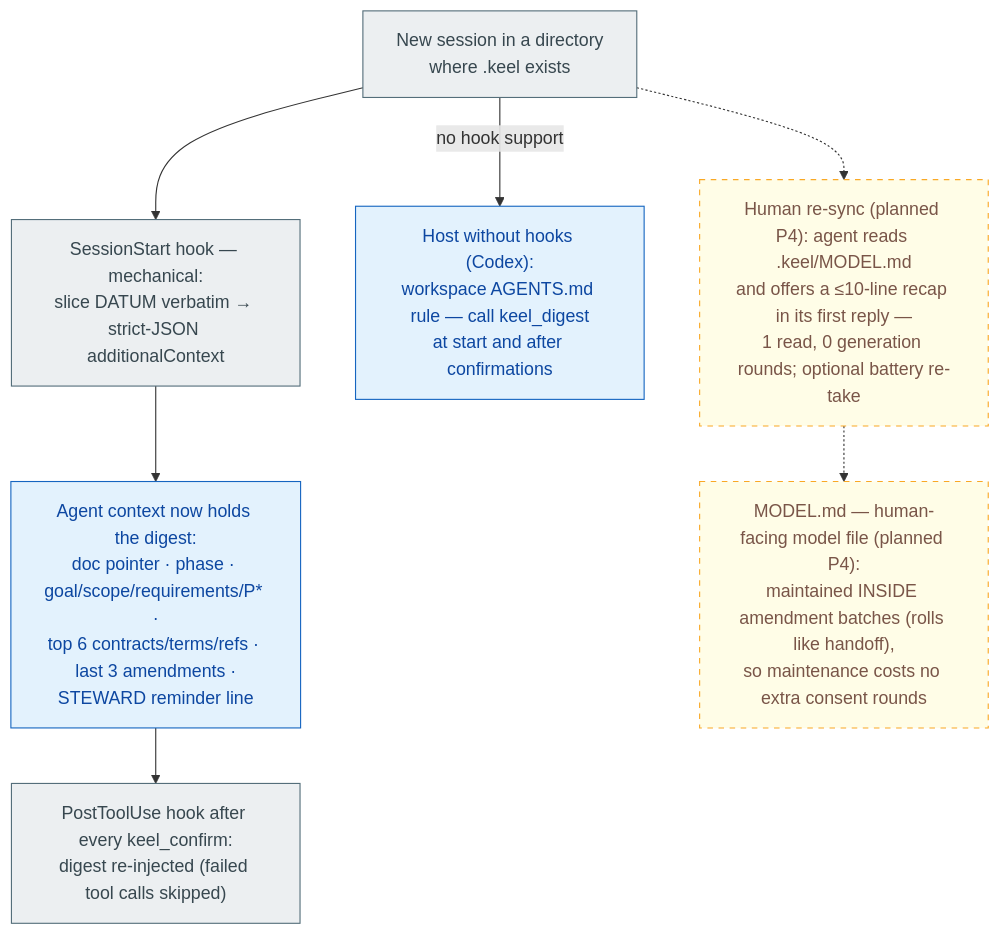
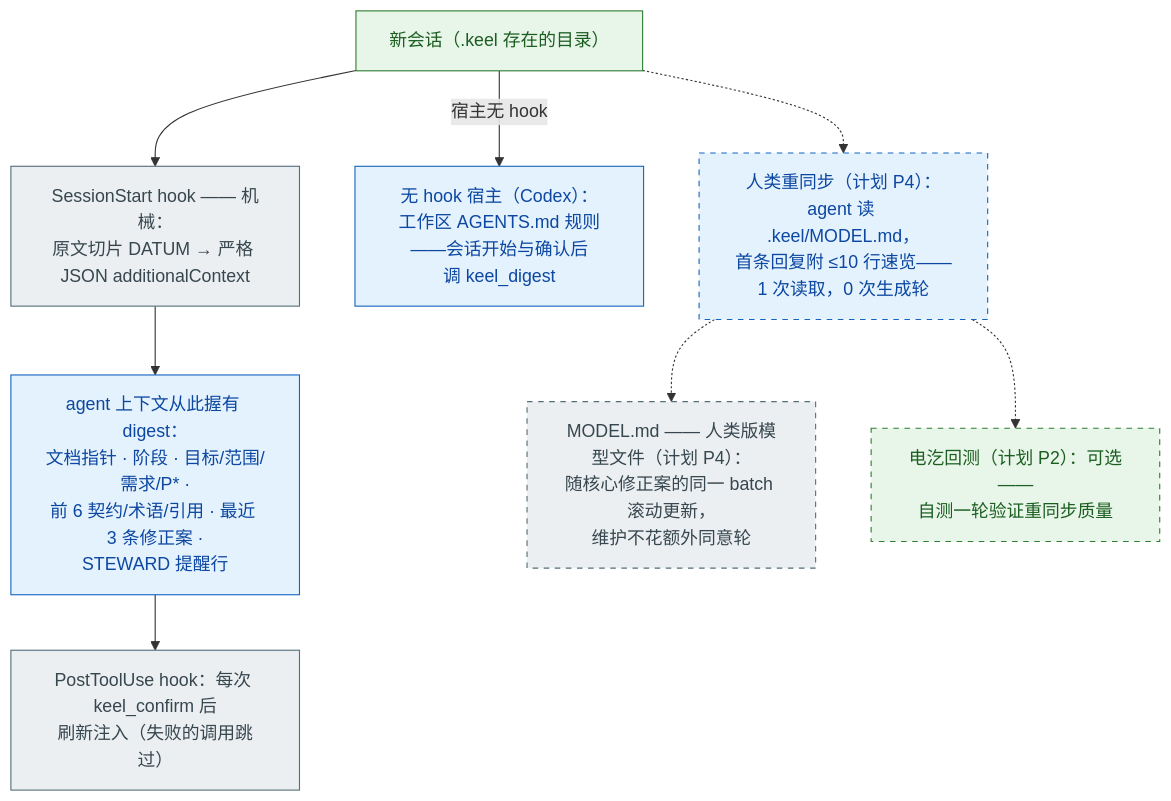
The seventh of 10 diagrams in docs/MENTAL-MODEL.md (maxi3777/Keel), drawn with Mermaid before and after one commit. The commit also changed other lines of this file, not shown here.

First line of the commit message:
docs: MENTAL-MODEL v2 — master/detail structure, Chinese, border-only planning marks

````diff
--- a/docs/MENTAL-MODEL.md
+++ b/docs/MENTAL-MODEL.md
@@ -316,18 +303,24 @@
 ```mermaid
 flowchart TD
-    SESS["New session in a directory<br/>where .keel exists"]:::mech
-    HOOK["SessionStart hook — mechanical:<br/>slice DATUM verbatim → strict-JSON additionalContext"]:::mech
-    INJ["Agent context now holds the digest:<br/>doc pointer · phase · goal/scope/requirements/P* ·<br/>top 6 contracts/terms/refs · last 3 amendments ·<br/>STEWARD reminder line"]:::ai
-    REFRESH["PostToolUse hook after every keel_confirm:<br/>digest re-injected (failed tool calls skipped)"]:::mech
-    FALLBACK["Host without hooks (Codex):<br/>workspace AGENTS.md rule — call keel_digest<br/>at start and after confirmations"]:::ai
-    RECAP["Human re-sync (planned P4): agent reads .keel/MODEL.md<br/>and offers a ≤10-line recap in its first reply —<br/>1 read, 0 generation rounds; optional battery re-take"]:::planned
-    MODEL["MODEL.md — human-facing model file (planned P4):<br/>maintained INSIDE amendment batches (rolls like handoff),<br/>so maintenance costs no extra consent rounds"]:::planned
+    SESS["新会话（.keel 存在的目录）"]:::human
+    HOOK["SessionStart hook —— 机械：<br/>原文切片 DATUM → 严格 JSON additionalContext"]:::mech
+    INJ["agent 上下文从此握有 digest：<br/>文档指针 · 阶段 · 目标/范围/需求/P* ·<br/>前 6 契约/术语/引用 · 最近 3 条修正案 ·<br/>STEWARD 提醒行"]:::ai
+    REFRESH["PostToolUse hook：每次 keel_confirm 后<br/>刷新注入（失败的调用跳过）"]:::mech
+    FALLBACK["无 hook 宿主（Codex）：<br/>工作区 AGENTS.md 规则——会话开始与确认后<br/>调 keel_digest"]:::ai
+    RECAP["人类重同步（计划 P4）：agent 读 .keel/MODEL.md，<br/>首条回复附 ≤10 行速览——1 次读取，0 次生成轮"]:::plantai
+    MODEL["MODEL.md —— 人类版模型文件（计划 P4）：<br/>随核心修正案的同一 batch 滚动更新，<br/>维护不花额外同意轮"]:::planmech
+    SELFTEST["电汔回测（计划 P2）：可选——<br/>自测一轮验证重同步质量"]:::planhuman
 
     SESS --> HOOK --> INJ
     INJ --> REFRESH
-    SESS -->|"no hook support"| FALLBACK
-    SESS -.-> RECAP -.-> MODEL
+    SESS -->|"宿主无 hook"| FALLBACK
+    SESS -.-> RECAP
+    RECAP -.-> MODEL
+    RECAP -.-> SELFTEST
+    classDef human fill:#e8f5e9,stroke:#2e7d32,color:#1b5e20
     classDef ai fill:#e3f2fd,stroke:#1565c0,color:#0d47a1
     classDef mech fill:#eceff1,stroke:#546e7a,color:#37474f
-    classDef planned fill:#fffde7,stroke:#f9a825,stroke-dasharray:5 5,color:#795548
+    classDef plantai fill:#e3f2fd,stroke:#1565c0,stroke-dasharray:5 5,color:#0d47a1
+    classDef planmech fill:#eceff1,stroke:#546e7a,stroke-dasharray:5 5,color:#37474f
+    classDef planhuman fill:#e8f5e9,stroke:#2e7d32,stroke-dasharray:5 5,color:#1b5e20
 ```
````
